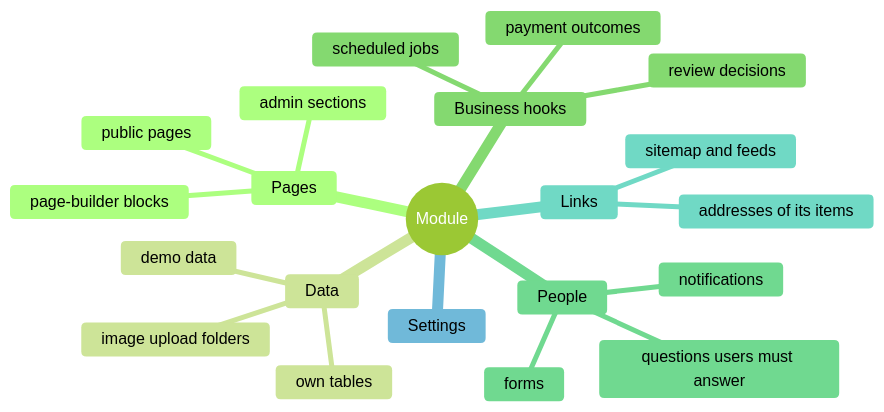
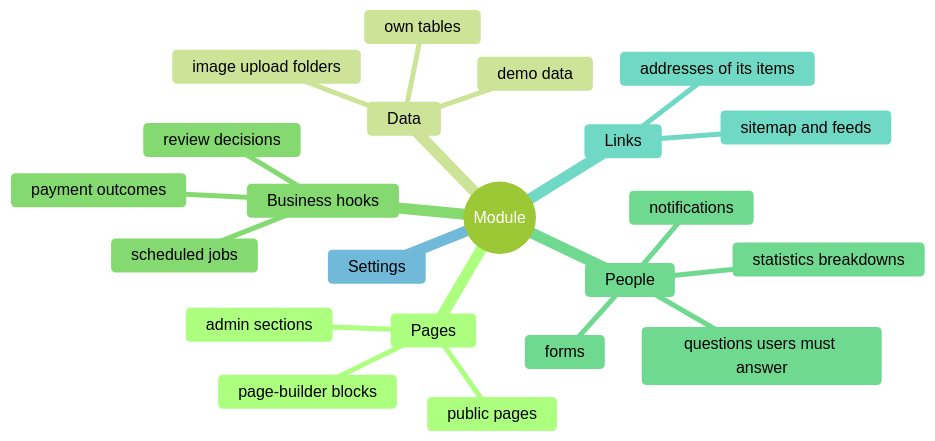
Before and after one commit to Konkrad/cms: the second of 2 diagrams in src/core/registry/features/application-structure.md, drawn with Mermaid (forest theme). The commit also changed 42 other files, not shown here.

````diff
--- a/src/core/registry/features/application-structure.md
+++ b/src/core/registry/features/application-structure.md
@@ -54,24 +54,25 @@
 ```mermaid
 mindmap
   root((Module))
     Pages
       public pages
       admin sections
       page-builder blocks
     Data
       own tables
       demo data
       image upload folders
     Business hooks
       payment outcomes
       review decisions
       scheduled jobs
     People
       notifications
       questions users must answer
       forms
+      statistics breakdowns
     Links
       addresses of its items
       sitemap and feeds
     Settings
 ```
````
